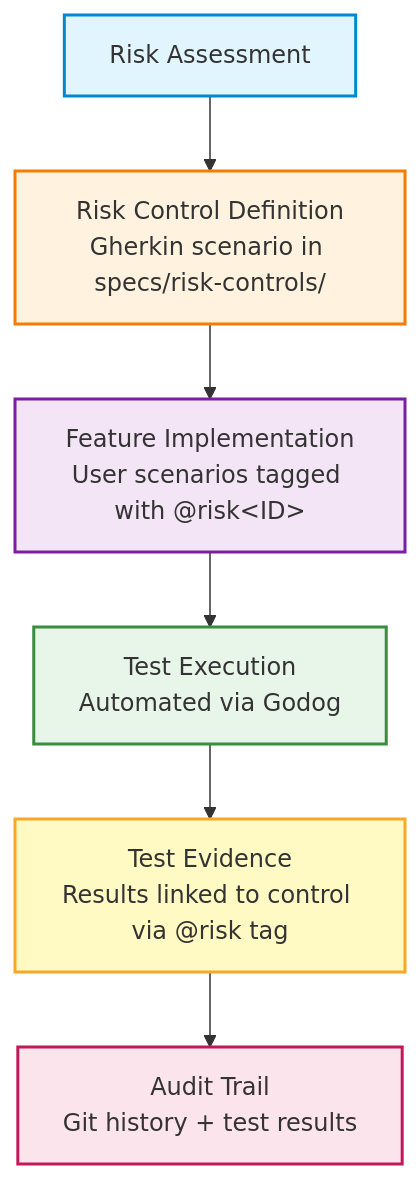
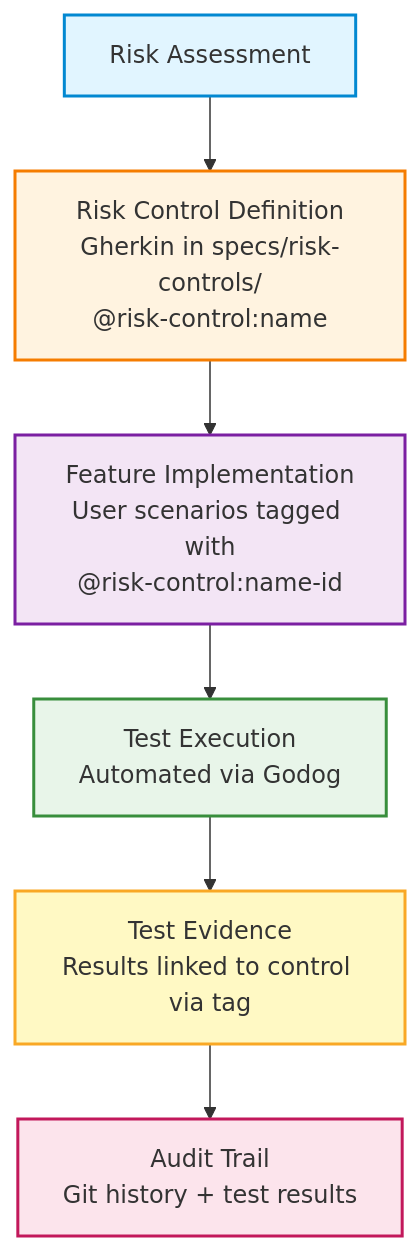
One commit to ready-to-release/eac changed the diagram in docs/explanation/specifications/risk-controls.md. Above: the diagram before and after it, drawn with Mermaid. The commit also changed other lines of this file and 3 other files, not shown here.

````diff
--- a/docs/explanation/specifications/risk-controls.md
+++ b/docs/explanation/specifications/risk-controls.md
@@ -101,15 +117,15 @@
 ```mermaid
 flowchart TD
-    A[Risk Assessment] --> B[Risk Control Definition<br/>Gherkin scenario in specs/risk-controls/]
-    B --> C[Feature Implementation<br/>User scenarios tagged with @risk&lt;ID&gt;]
+    A[Risk Assessment] --> B[Risk Control Definition<br/>Gherkin in specs/risk-controls/<br/>@risk-control:name]
+    B --> C[Feature Implementation<br/>User scenarios tagged with<br/>@risk-control:name-id]
     C --> D[Test Execution<br/>Automated via Godog]
-    D --> E[Test Evidence<br/>Results linked to control via @risk tag]
+    D --> E[Test Evidence<br/>Results linked to control via tag]
     E --> F[Audit Trail<br/>Git history + test results]
 
     style A fill:#e1f5ff,stroke:#0288d1,stroke-width:2px
     style B fill:#fff3e0,stroke:#f57c00,stroke-width:2px
     style C fill:#f3e5f5,stroke:#7b1fa2,stroke-width:2px
     style D fill:#e8f5e9,stroke:#388e3c,stroke-width:2px
     style E fill:#fff9c4,stroke:#f9a825,stroke-width:2px
     style F fill:#fce4ec,stroke:#c2185b,stroke-width:2px
 ```
````
